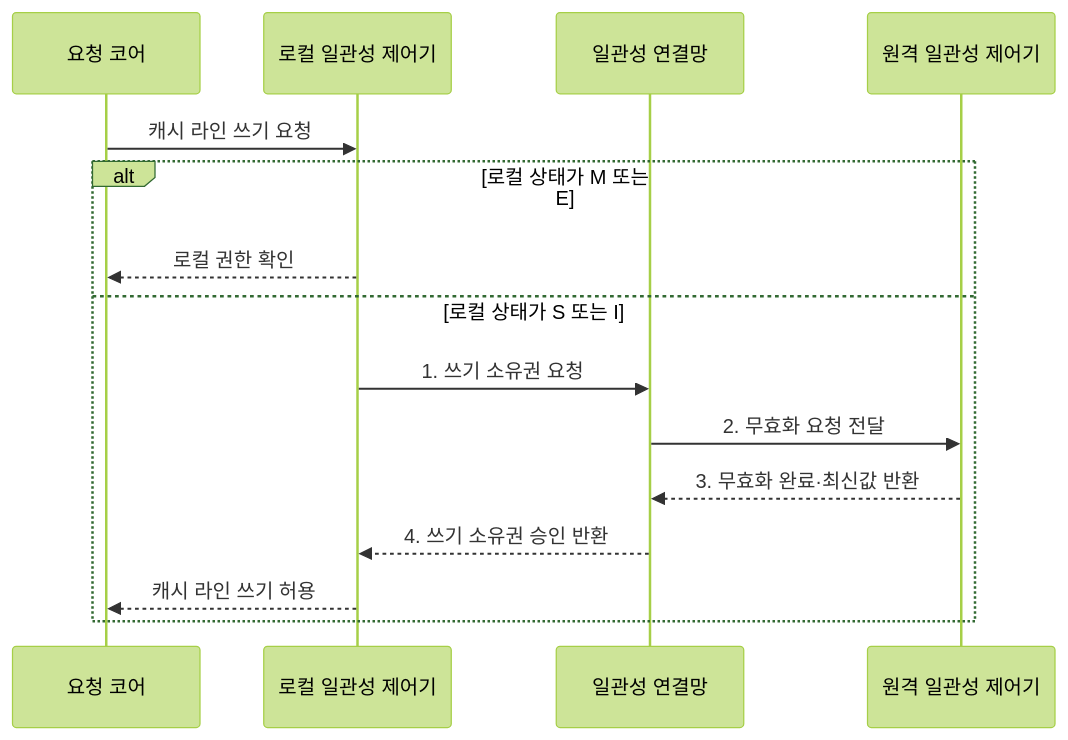
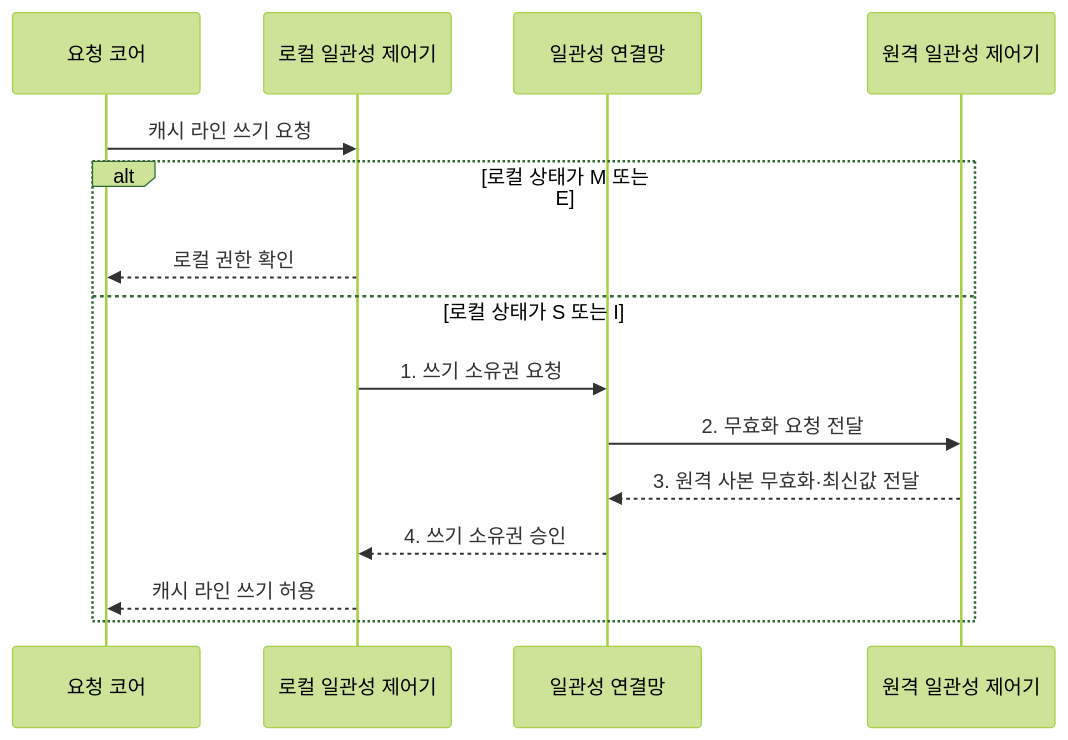
The second of 2 diagrams in src/content/docs/notes/02-hardware/014_cache_coherence_protocol.md (agnusdei1207/knowledge-base), drawn with Mermaid (forest theme) before and after one commit. The commit also changed other lines of this file and 15 other files, not shown here.

````diff
--- a/src/content/docs/notes/02-hardware/014_cache_coherence_protocol.md
+++ b/src/content/docs/notes/02-hardware/014_cache_coherence_protocol.md
@@ -80,17 +80,17 @@
 ```mermaid
 sequenceDiagram
     participant A as 요청 코어
     participant C as 로컬 일관성 제어기
     participant N as 일관성 연결망
     participant R as 원격 일관성 제어기
     A->>C: 캐시 라인 쓰기 요청
     alt 로컬 상태가 M 또는 E
         C-->>A: 로컬 권한 확인
     else 로컬 상태가 S 또는 I
         C->>N: 1. 쓰기 소유권 요청
         N->>R: 2. 무효화 요청 전달
-        R-->>N: 3. 무효화 완료·최신값 반환
-        N-->>C: 4. 쓰기 소유권 승인 반환
+        R-->>N: 3. 원격 사본 무효화·최신값 전달
+        N-->>C: 4. 쓰기 소유권 승인
         C-->>A: 캐시 라인 쓰기 허용
     end
 ```
````
